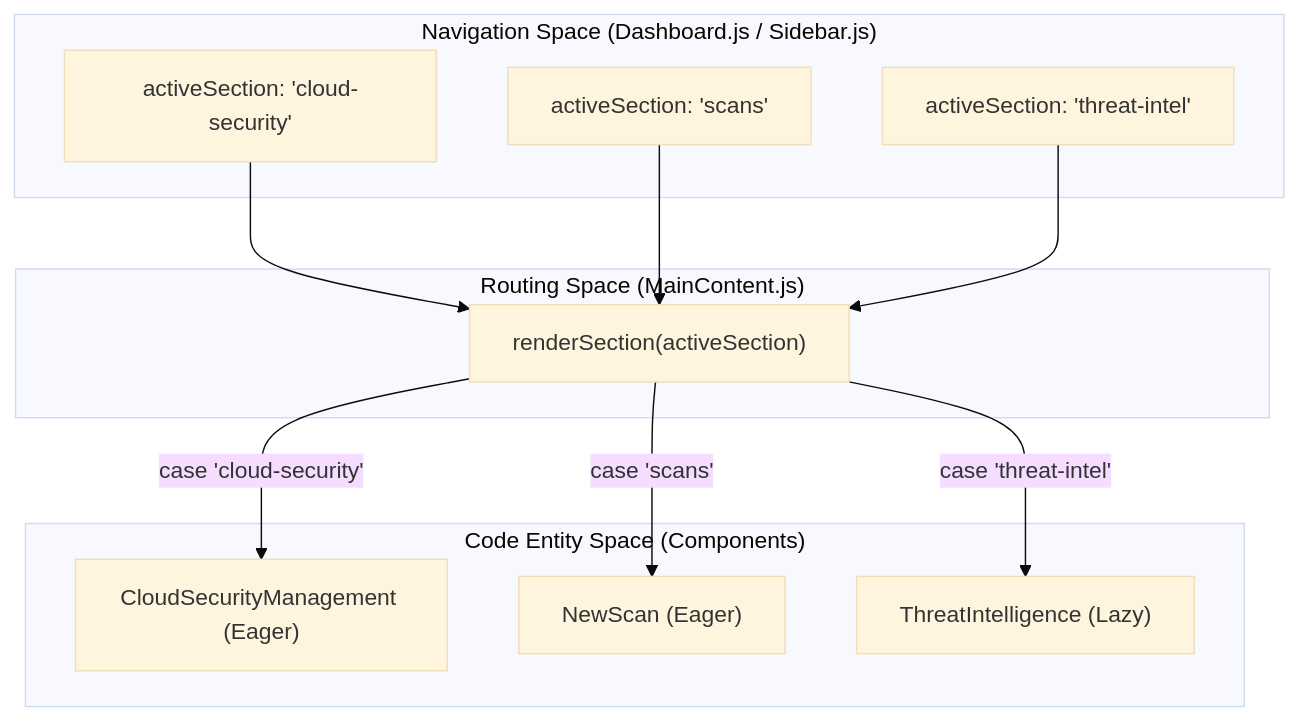
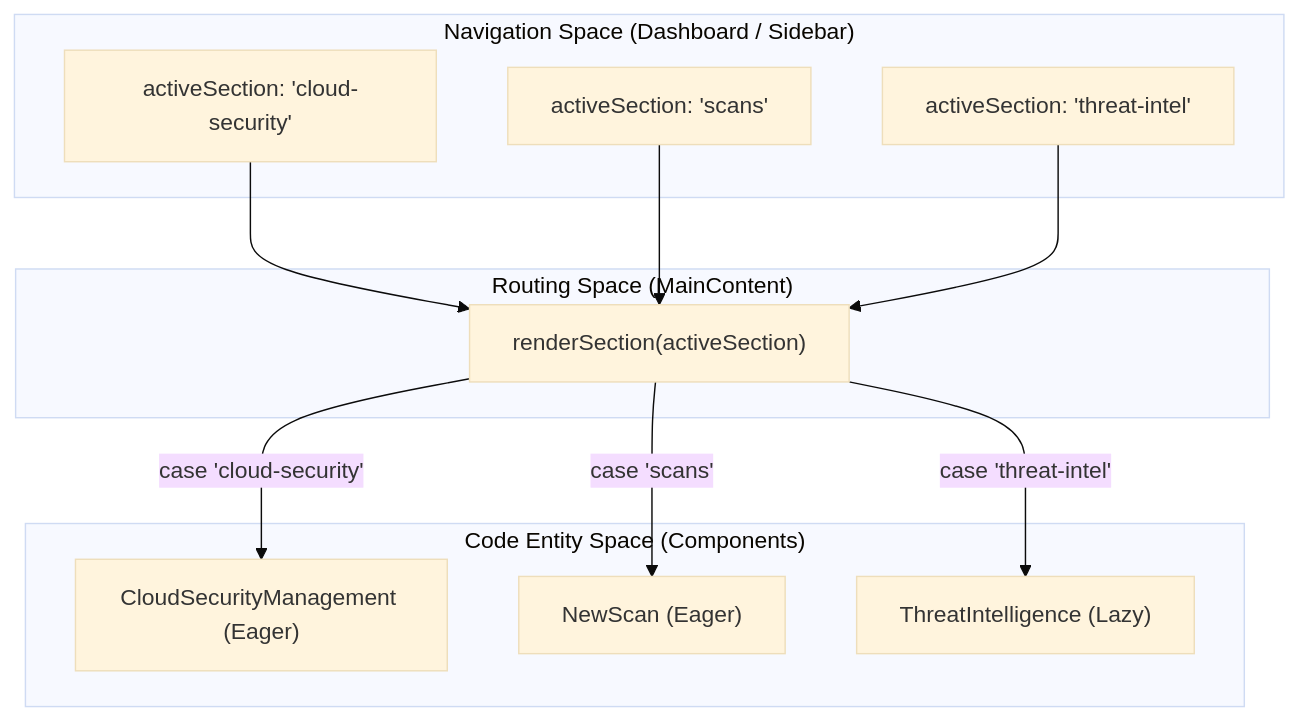
One commit to niteshsaini/offloadsecurity-docs changed the second of 2 diagrams in docs/platform-overview/module-system.md. Above: the diagram before and after it, drawn with Mermaid (base theme). The commit also changed other lines of this file and 16 other files, not shown here.

````diff
--- a/docs/platform-overview/module-system.md
+++ b/docs/platform-overview/module-system.md
@@ -74,26 +67,26 @@
 ```mermaid
 graph TD
-    subgraph "Navigation Space (Dashboard.js / Sidebar.js)"
+    subgraph "Navigation Space (Dashboard / Sidebar)"
         N1["activeSection: 'cloud-security'"]
         N2["activeSection: 'scans'"]
         N3["activeSection: 'threat-intel'"]
     end
 
-    subgraph "Routing Space (MainContent.js)"
+    subgraph "Routing Space (MainContent)"
         R["renderSection(activeSection)"]
     end
 
     subgraph "Code Entity Space (Components)"
         C1["CloudSecurityManagement (Eager)"]
         C2["NewScan (Eager)"]
         C3["ThreatIntelligence (Lazy)"]
     end
 
     N1 --> R
     N2 --> R
     N3 --> R
 
     R -- "case 'cloud-security'" --> C1
     R -- "case 'scans'" --> C2
     R -- "case 'threat-intel'" --> C3
 ```
````
